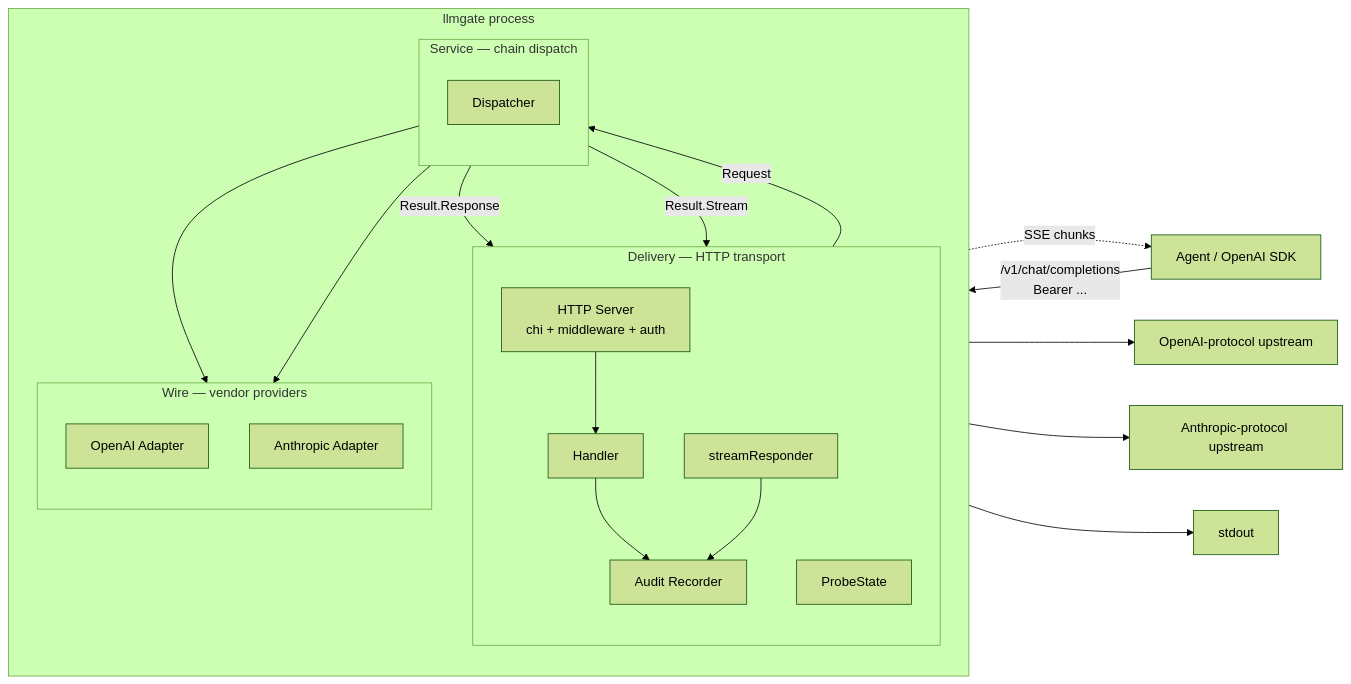
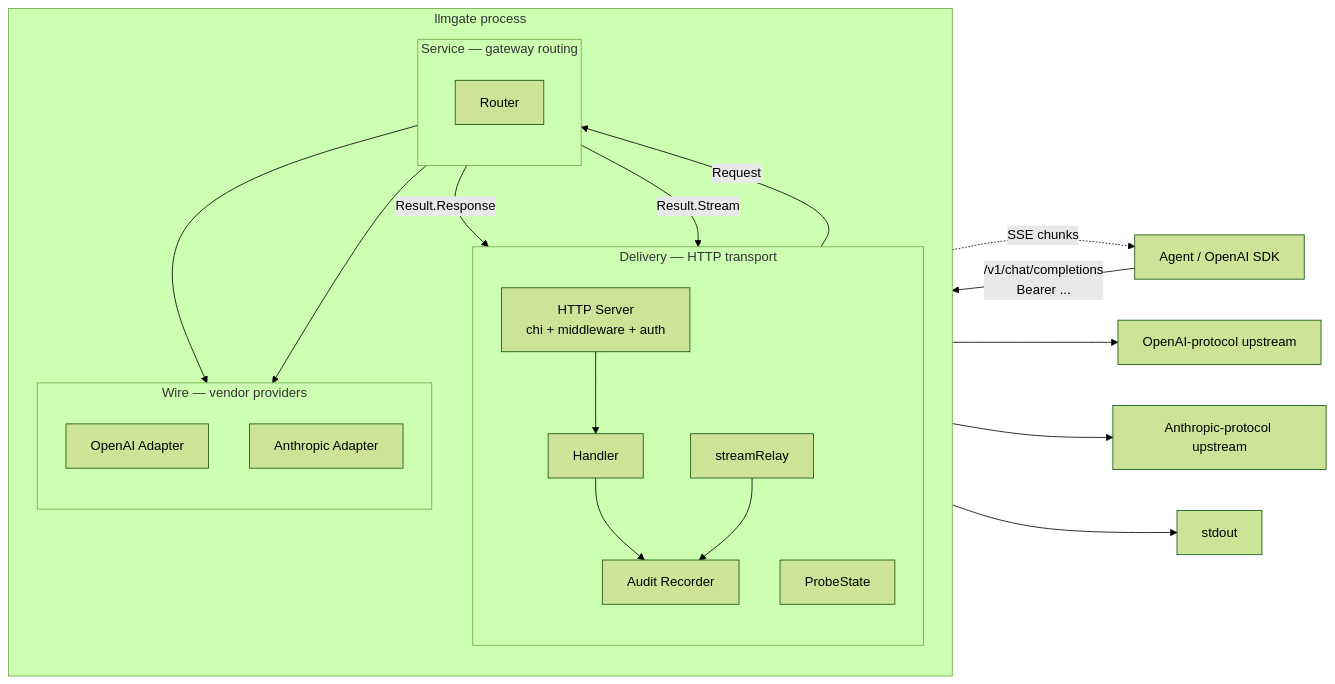
One commit to cagojeiger/llmgate changed the first of 4 diagrams in docs/architecture.md. Above: the diagram before and after it, drawn with Mermaid (forest theme). The commit also changed other lines of this file and 75 other files, not shown here.

````diff
--- a/docs/architecture.md
+++ b/docs/architecture.md
@@ -13,46 +13,46 @@
 ```mermaid
 graph LR
     Agent[Agent / OpenAI SDK]
 
     subgraph Gateway[llmgate process]
         direction TB
 
         subgraph Delivery[Delivery — HTTP transport]
             direction TB
             Server["HTTP Server<br/>chi + middleware + auth"]
             Handler[Handler]
-            StreamResp[streamResponder]
+            StreamResp[streamRelay]
             Probe[ProbeState]
             Audit[Audit Recorder]
         end
 
-        subgraph Service[Service — chain dispatch]
+        subgraph Service[Service — gateway routing]
             direction TB
-            Dispatcher
+            Router
         end
 
         subgraph Wire[Wire — vendor providers]
             direction TB
             OAI[OpenAI Adapter]
             Anth[Anthropic Adapter]
         end
     end
 
     UpOAI[OpenAI-protocol upstream]
     UpAnth[Anthropic-protocol upstream]
     Sink[stdout]
 
     Agent -->|"/v1/chat/completions<br/>Bearer ..."| Server
     Server --> Handler
-    Handler -->|Request| Dispatcher
-    Dispatcher -->|Result.Response| Handler
-    Dispatcher -->|Result.Stream| StreamResp
+    Handler -->|Request| Router
+    Router -->|Result.Response| Handler
+    Router -->|Result.Stream| StreamResp
     StreamResp -.SSE chunks.-> Agent
-    Dispatcher --> OAI
-    Dispatcher --> Anth
+    Router --> OAI
+    Router --> Anth
     OAI --> UpOAI
     Anth --> UpAnth
     Handler --> Audit
     StreamResp --> Audit
     Audit --> Sink
 ```
````
